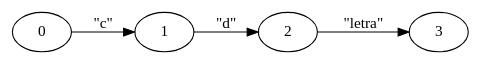
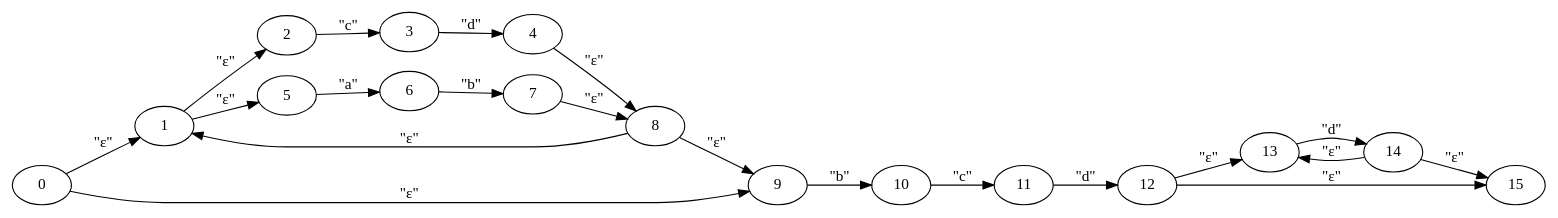
One commit to Stevensis/Compi1_Proyecto1 changed the diagram in Compi1Proyevto1/bin/Debug/er2.dot. Above: the diagram before and after it, drawn with Graphviz. The commit also changed 19 other files, not shown here.

```diff
--- a/Compi1Proyevto1/bin/Debug/er2.dot
+++ b/Compi1Proyevto1/bin/Debug/er2.dot
@@ -1,5 +1,22 @@
 digraph G { size ="30";
-rankdir=LR;0 -> 1 [label="\"c\""];
-1 -> 2 [label="\"d\""];
-2 -> 3 [label="\"letra\""];
+rankdir=LR;0 -> 1 [label="\"ε\""];
+1 -> 2 [label="\"ε\""];
+2 -> 3 [label="\"c\""];
+3 -> 4 [label="\"d\""];
+4 -> 8 [label="\"ε\""];
+1 -> 5 [label="\"ε\""];
+5 -> 6 [label="\"a\""];
+6 -> 7 [label="\"b\""];
+7 -> 8 [label="\"ε\""];
+8 -> 9 [label="\"ε\""];
+0 -> 9 [label="\"ε\""];
+8 -> 1 [label="\"ε\""];
+9 -> 10 [label="\"b\""];
+10 -> 11 [label="\"c\""];
+11 -> 12 [label="\"d\""];
+12 -> 13 [label="\"ε\""];
+13 -> 14 [label="\"d\""];
+14 -> 15 [label="\"ε\""];
+12 -> 15 [label="\"ε\""];
+14 -> 13 [label="\"ε\""];
 }
```
